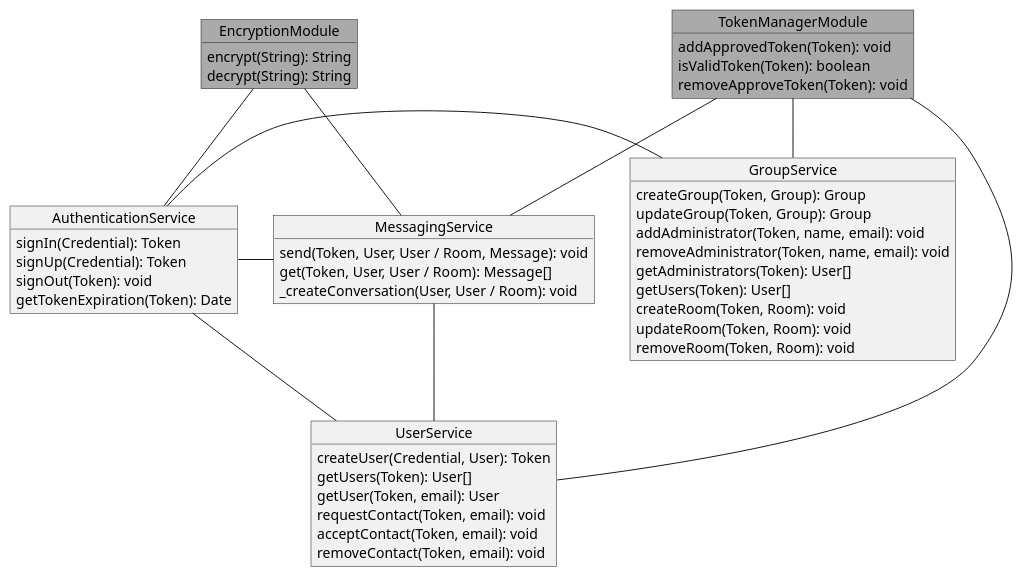
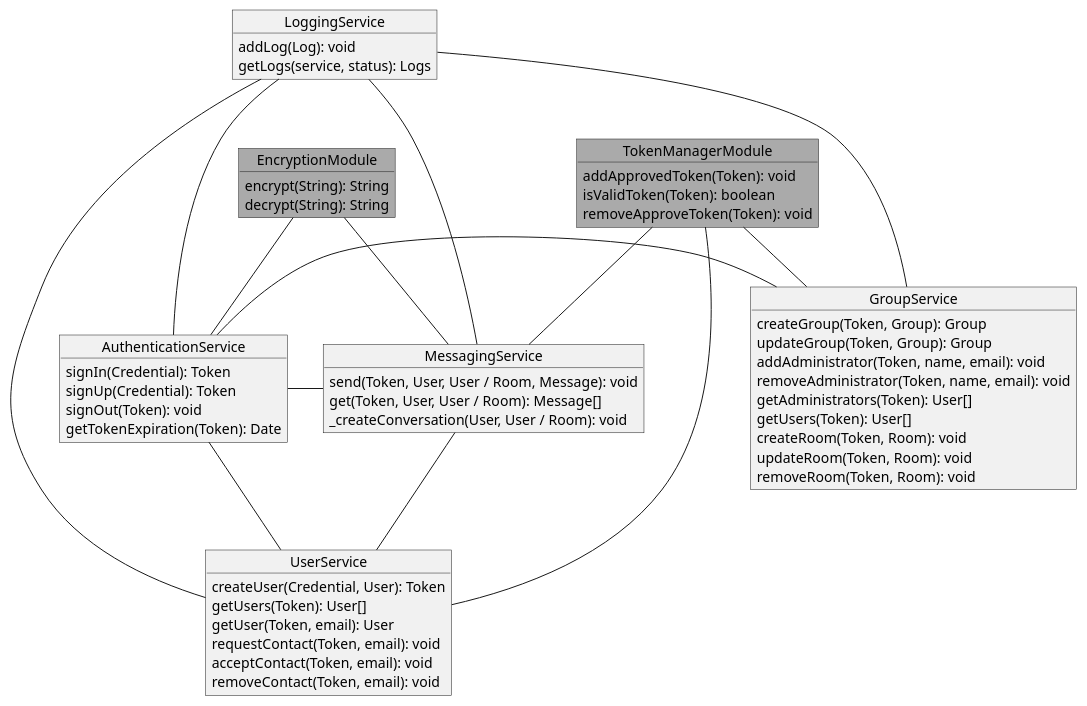
One commit to MacBootglass/casanova changed the diagram in docs/services.puml. Above: the diagram before and after it, drawn with PlantUML. The commit also changed 1 other file, not shown here.

Commit message:
Add logging service in doc

```diff
--- a/docs/services.puml
+++ b/docs/services.puml
@@ -1,56 +1,65 @@
 @startuml
   object TokenManagerModule #aaa {
     addApprovedToken(Token): void
     isValidToken(Token): boolean
     removeApproveToken(Token): void
   }
 
   object EncryptionModule #aaa {
     encrypt(String): String
     decrypt(String): String
   }
 
   object AuthenticationService {
     signIn(Credential): Token
     signUp(Credential): Token
     signOut(Token): void
     getTokenExpiration(Token): Date
   }
 
   object UserService {
     createUser(Credential, User): Token
     getUsers(Token): User[]
     getUser(Token, email): User
     requestContact(Token, email): void
     acceptContact(Token, email): void
     removeContact(Token, email): void
   }
 
   object GroupService {
     createGroup(Token, Group): Group
     updateGroup(Token, Group): Group
     addAdministrator(Token, name, email): void
     removeAdministrator(Token, name, email): void
     getAdministrators(Token): User[]
     getUsers(Token): User[]
     createRoom(Token, Room): void
     updateRoom(Token, Room): void
     removeRoom(Token, Room): void
   }
 
   object MessagingService {
     send(Token, User, User / Room, Message): void
     get(Token, User, User / Room): Message[]
     _createConversation(User, User / Room): void
   }
 
+  object LoggingService {
+    addLog(Log): void
+    getLogs(service, status): Logs
+  }
+
+  LoggingService --- UserService
+  LoggingService --- GroupService
+  LoggingService --- MessagingService
+  LoggingService --- AuthenticationService
   AuthenticationService - UserService
   AuthenticationService - GroupService
   AuthenticationService - MessagingService
   MessagingService -- UserService
   TokenManagerModule -- UserService
   TokenManagerModule -- GroupService
   TokenManagerModule -- MessagingService
   EncryptionModule -- AuthenticationService
   EncryptionModule -- MessagingService
 @enduml
```
